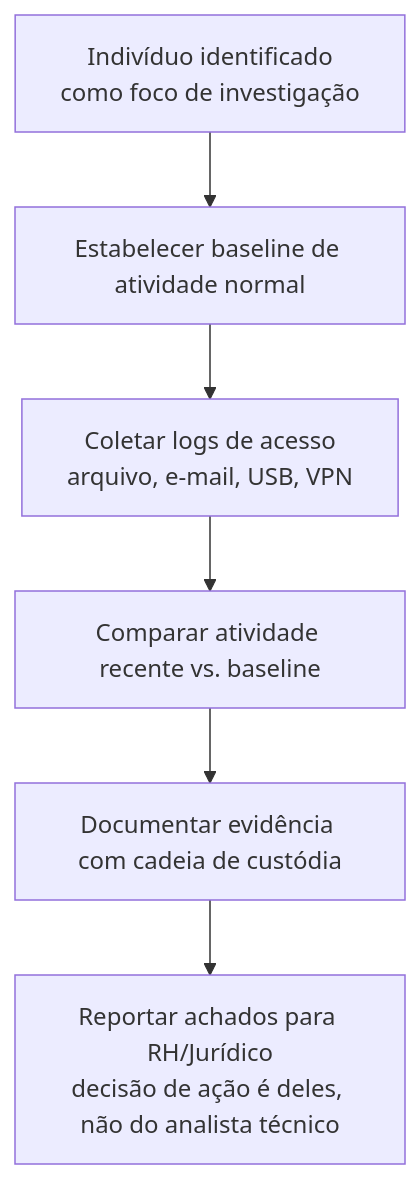
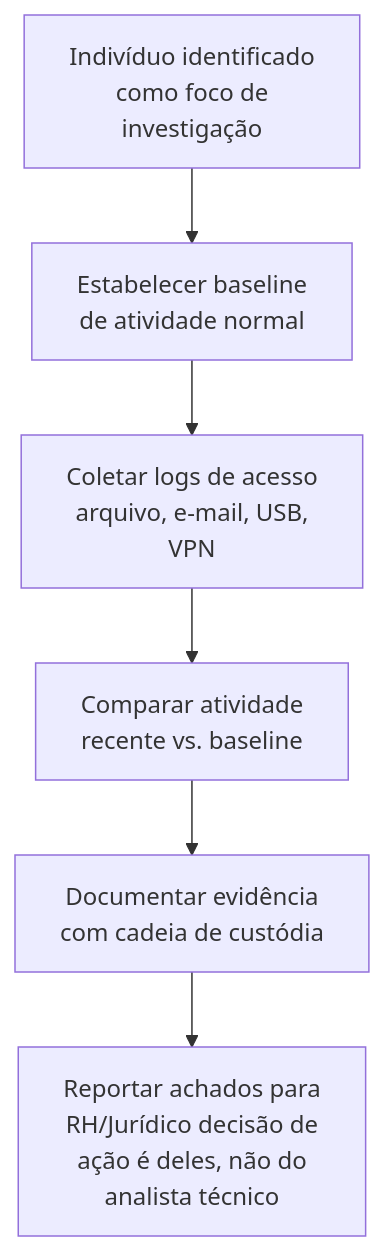
Before and after one commit to LuucasVerdun/Cyber-Attack-Analysis-Framework: the diagram in Attack-Categories/Insider-Activity/README.md, drawn with Mermaid. The commit also changed 28 other files, not shown here.

````diff
--- a/Attack-Categories/Insider-Activity/README.md
+++ b/Attack-Categories/Insider-Activity/README.md
@@ -38,8 +38,8 @@
 ```mermaid
 flowchart TD
-    A[Indivíduo identificado<br/>como foco de investigação] --> B[Estabelecer baseline de atividade normal]
-    B --> C[Coletar logs de acesso<br/>arquivo, e-mail, USB, VPN]
-    C --> D[Comparar atividade recente vs. baseline]
-    D --> E[Documentar evidência com cadeia de custódia]
-    E --> F[Reportar achados para RH/Jurídico<br/>decisão de ação é deles, não do analista técnico]
+    A[Indivíduo identificado<br/>como foco de<br/>investigação] --> B[Estabelecer baseline<br/>de atividade normal]
+    B --> C[Coletar logs de acesso<br/>arquivo, e-mail, USB,<br/>VPN]
+    C --> D[Comparar atividade<br/>recente vs. baseline]
+    D --> E[Documentar evidência<br/>com cadeia de custódia]
+    E --> F[Reportar achados para<br/>RH/Jurídico decisão de<br/>ação é deles, não do<br/>analista técnico]
 ```
````
